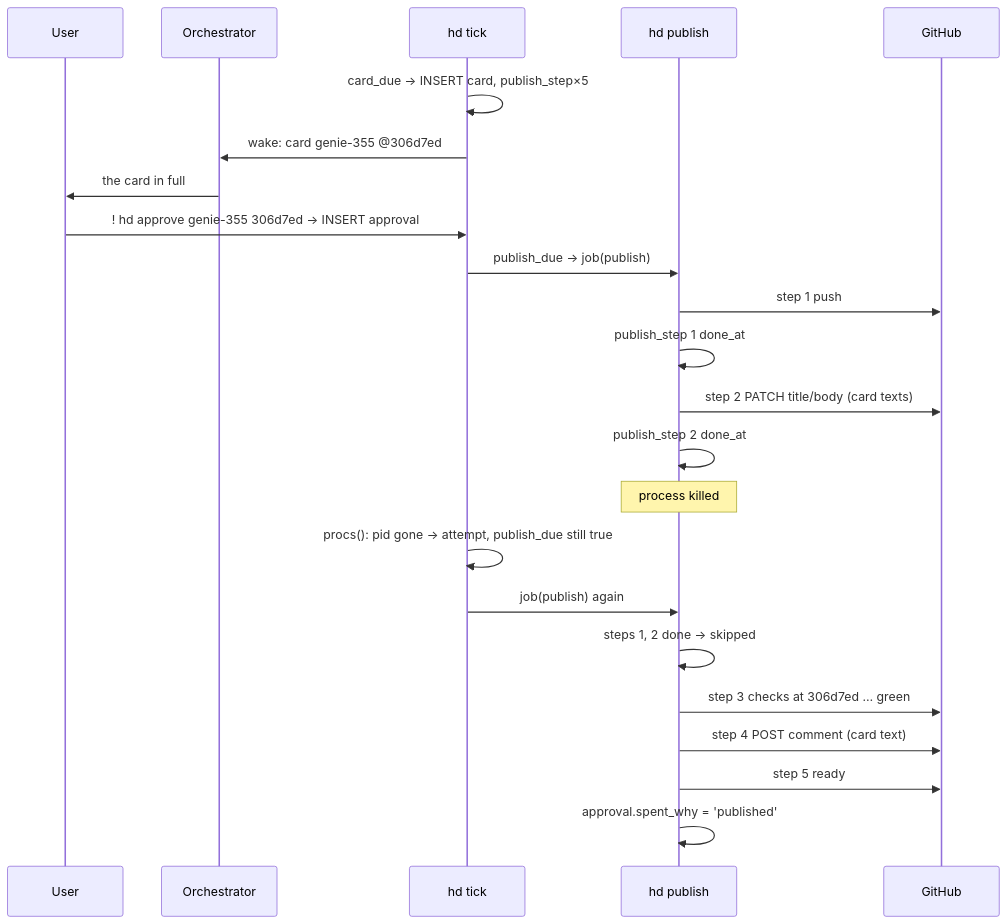
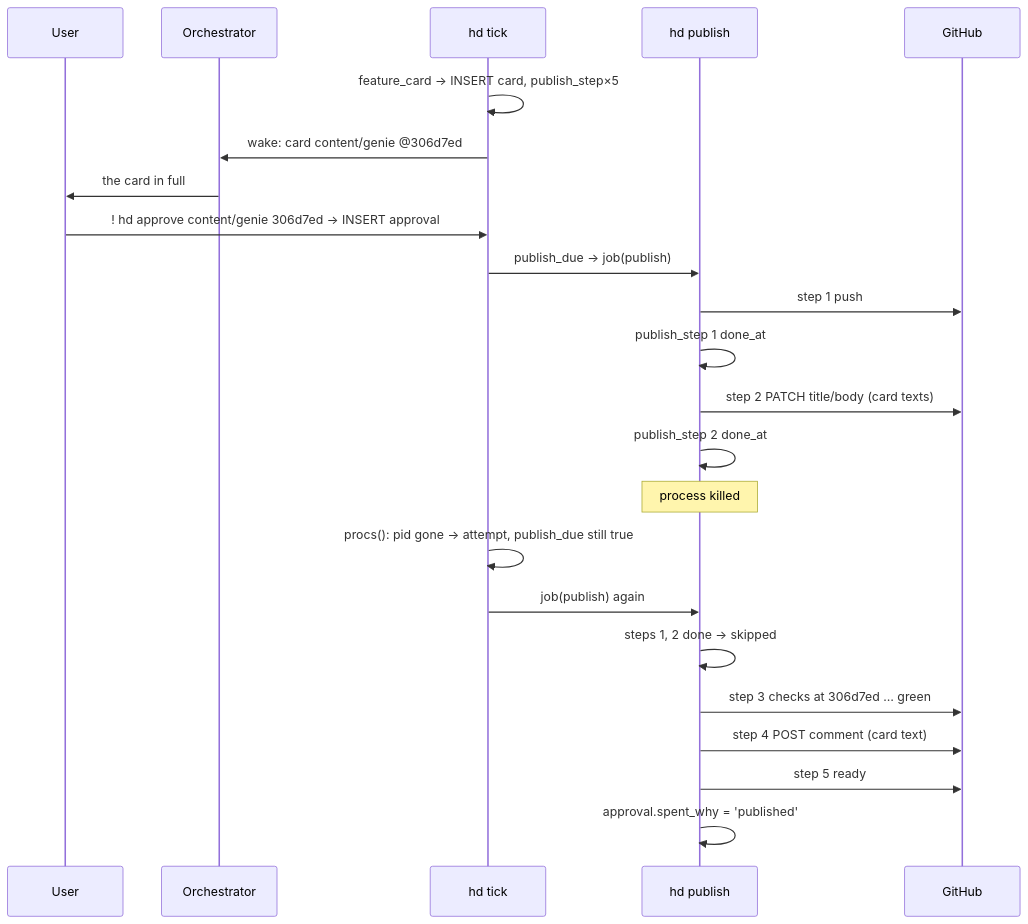
The fifth of 8 diagrams in docs/ARCHITECTURE.md (AlexPerrin/RuneHarness), drawn with Mermaid before and after one commit. The commit also changed other lines of this file and 40 other files, not shown here.

````diff
--- a/docs/ARCHITECTURE.md
+++ b/docs/ARCHITECTURE.md
@@ -477,25 +506,25 @@
 ```mermaid
 sequenceDiagram
   participant U as User
   participant O as Orchestrator
   participant P as hd tick
   participant C as hd publish
   participant GH as GitHub
-  P->>P: card_due → INSERT card, publish_step×5
-  P->>O: wake: card genie-355 @306d7ed
+  P->>P: feature_card → INSERT card, publish_step×5
+  P->>O: wake: card content/genie @306d7ed
   O->>U: the card in full
-  U->>P: ! hd approve genie-355 306d7ed → INSERT approval
+  U->>P: ! hd approve content/genie 306d7ed → INSERT approval
   P->>C: publish_due → job(publish)
   C->>GH: step 1 push
   C->>C: publish_step 1 done_at
   C->>GH: step 2 PATCH title/body (card texts)
   C->>C: publish_step 2 done_at
   Note over C: process killed
   P->>P: procs(): pid gone → attempt, publish_due still true
   P->>C: job(publish) again
   C->>C: steps 1, 2 done → skipped
   C->>GH: step 3 checks at 306d7ed … green
   C->>GH: step 4 POST comment (card text)
   C->>GH: step 5 ready
   C->>C: approval.spent_why = 'published'
 ```
````
